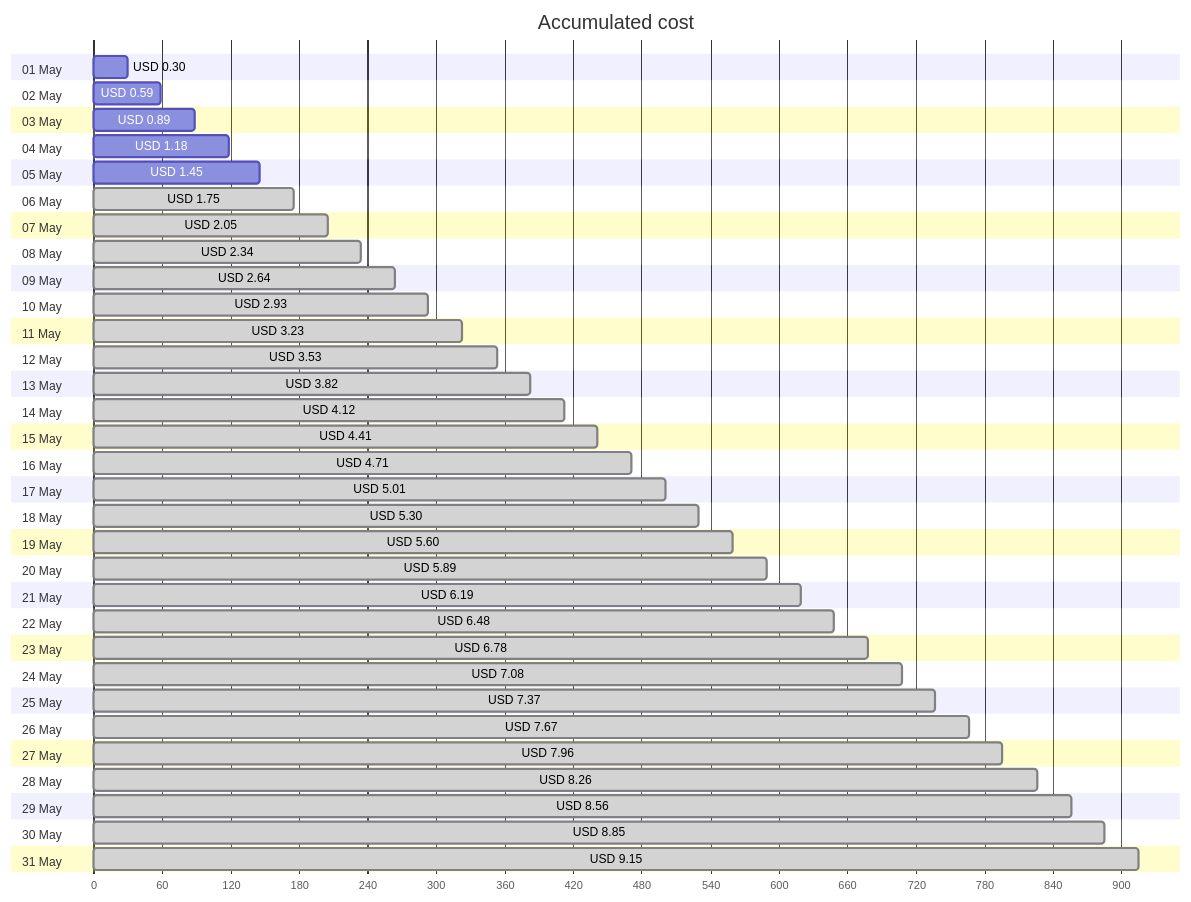
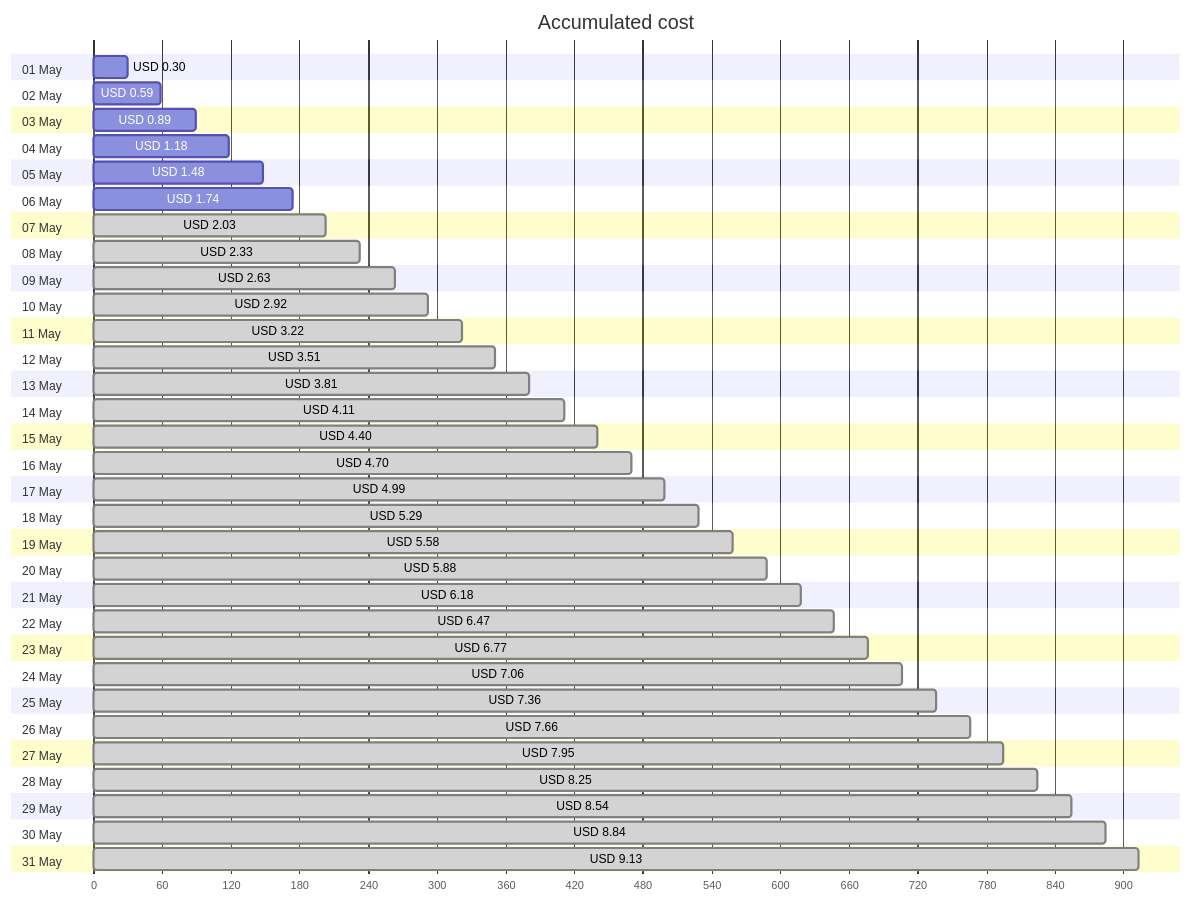
The first of 4 diagrams in cost-reports/personal-site/personal-site.md (jpfulton/azure-personal-reports), drawn with Mermaid before and after one commit. The commit also changed other lines of this file and 6 other files, not shown here.

````diff
--- a/cost-reports/personal-site/personal-site.md
+++ b/cost-reports/personal-site/personal-site.md
@@ -20,68 +20,68 @@
 ```mermaid
 gantt
    title Accumulated cost
    dateFormat  X
    axisFormat %s
    section 01 May
    USD 0.30 :0, 30
    section 02 May
    USD 0.59 :0, 59
    section 03 May
    USD 0.89 :0, 89
    section 04 May
    USD 1.18 :0, 118
    section 05 May
-   USD 1.45 :0, 145
+   USD 1.48 :0, 148
    section 06 May
-   USD 1.75 : done, 0, 175
+   USD 1.74 :0, 174
    section 07 May
-   USD 2.05 : done, 0, 205
+   USD 2.03 : done, 0, 203
    section 08 May
-   USD 2.34 : done, 0, 234
+   USD 2.33 : done, 0, 233
    section 09 May
-   USD 2.64 : done, 0, 264
+   USD 2.63 : done, 0, 263
    section 10 May
-   USD 2.93 : done, 0, 293
+   USD 2.92 : done, 0, 292
    section 11 May
-   USD 3.23 : done, 0, 323
+   USD 3.22 : done, 0, 322
    section 12 May
-   USD 3.53 : done, 0, 353
+   USD 3.51 : done, 0, 351
    section 13 May
-   USD 3.82 : done, 0, 382
+   USD 3.81 : done, 0, 381
    section 14 May
-   USD 4.12 : done, 0, 412
+   USD 4.11 : done, 0, 411
    section 15 May
-   USD 4.41 : done, 0, 441
+   USD 4.40 : done, 0, 440
    section 16 May
-   USD 4.71 : done, 0, 471
+   USD 4.70 : done, 0, 470
    section 17 May
-   USD 5.01 : done, 0, 501
+   USD 4.99 : done, 0, 499
    section 18 May
-   USD 5.30 : done, 0, 530
+   USD 5.29 : done, 0, 529
    section 19 May
-   USD 5.60 : done, 0, 560
+   USD 5.58 : done, 0, 558
    section 20 May
-   USD 5.89 : done, 0, 589
+   USD 5.88 : done, 0, 588
    section 21 May
-   USD 6.19 : done, 0, 619
+   USD 6.18 : done, 0, 618
    section 22 May
-   USD 6.48 : done, 0, 648
+   USD 6.47 : done, 0, 647
    section 23 May
-   USD 6.78 : done, 0, 678
+   USD 6.77 : done, 0, 677
    section 24 May
-   USD 7.08 : done, 0, 708
+   USD 7.06 : done, 0, 706
    section 25 May
-   USD 7.37 : done, 0, 737
+   USD 7.36 : done, 0, 736
    section 26 May
-   USD 7.67 : done, 0, 767
+   USD 7.66 : done, 0, 766
    section 27 May
-   USD 7.96 : done, 0, 796
+   USD 7.95 : done, 0, 795
    section 28 May
-   USD 8.26 : done, 0, 826
+   USD 8.25 : done, 0, 825
    section 29 May
-   USD 8.56 : done, 0, 856
+   USD 8.54 : done, 0, 854
    section 30 May
-   USD 8.85 : done, 0, 885
+   USD 8.84 : done, 0, 884
    section 31 May
-   USD 9.15 : done, 0, 915
+   USD 9.13 : done, 0, 913
 ```
````
